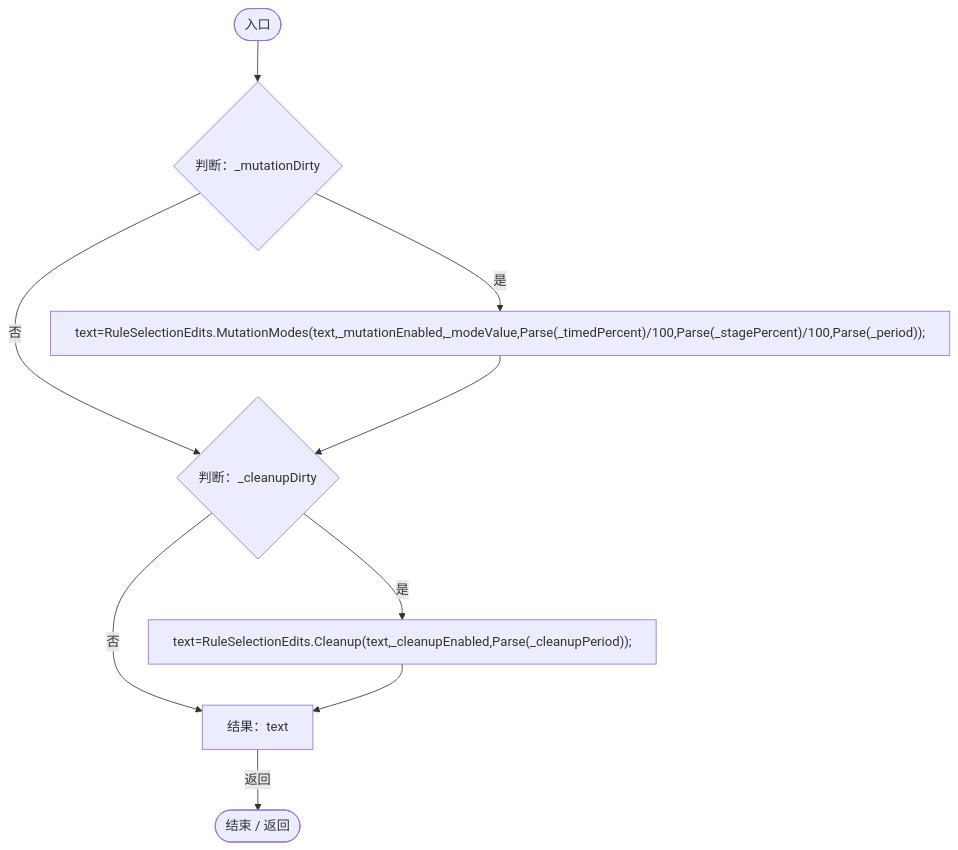
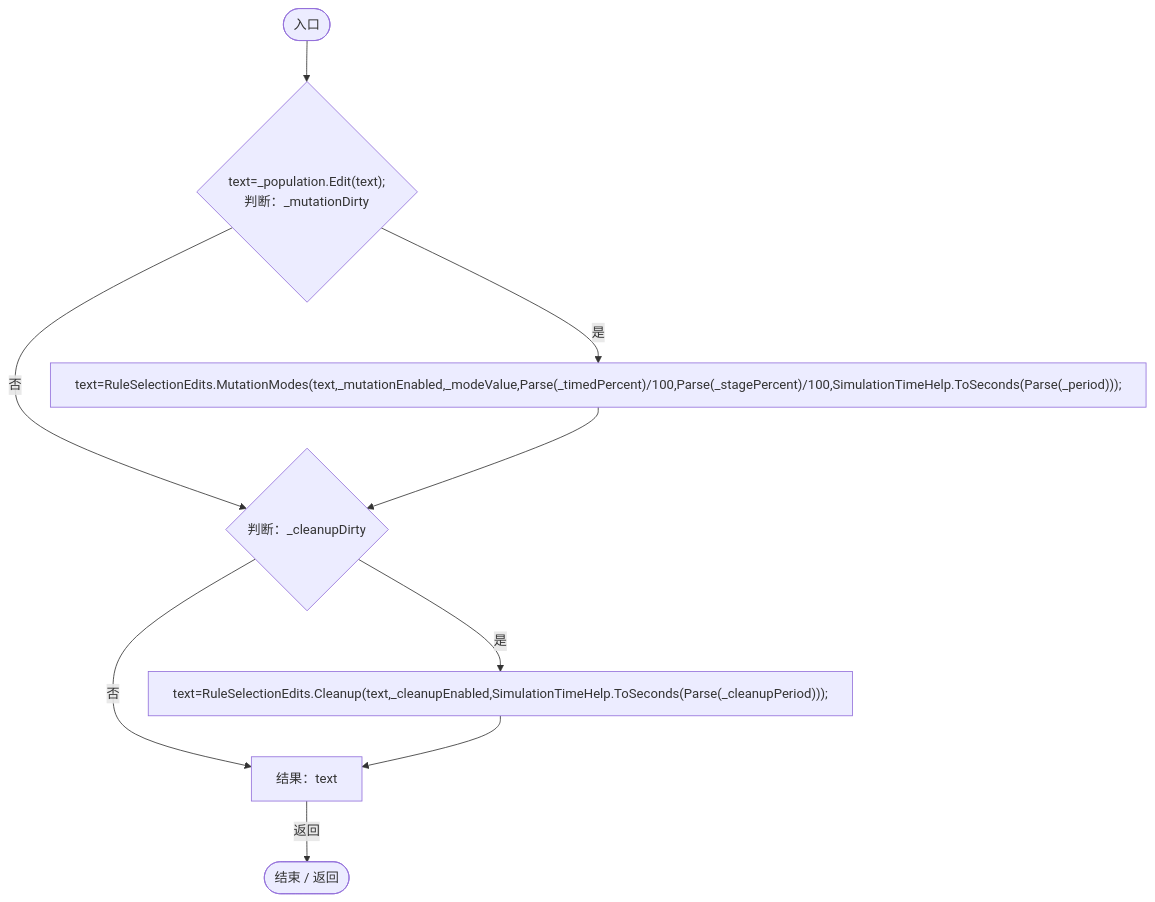
Before and after one commit to xhs6666/Darwin_paradise: diagram 24 of 26 in Docs/运行流程图/脚本/92d59cd12a5696c3.md, drawn with Mermaid. The commit also changed other lines of this file and 114 other files, not shown here.

````diff
--- a/Docs/运行流程图/脚本/92d59cd12a5696c3.md
+++ b/Docs/运行流程图/脚本/92d59cd12a5696c3.md
@@ -714,19 +824,19 @@
 ```mermaid
 flowchart TD
   b0(["入口"])
-  b1{"判断：_mutationDirty"}
-  b2["text=RuleSelectionEdits.MutationModes(text,_mutationEnabled,_modeValue,Parse(_timedPercent)/100,Parse(_stagePercent)/100,Parse(_period));"]
+  b1{"text=_population.Edit(text);<br/>判断：_mutationDirty"}
+  b2["text=RuleSelectionEdits.MutationModes(text,_mutationEnabled,_modeValue,Parse(_timedPercent)/100,Parse(_stagePercent)/100,SimulationTimeHelp.ToSeconds(Parse(_period)));"]
   b3{"判断：_cleanupDirty"}
-  b4["text=RuleSelectionEdits.Cleanup(text,_cleanupEnabled,Parse(_cleanupPeriod));"]
+  b4["text=RuleSelectionEdits.Cleanup(text,_cleanupEnabled,SimulationTimeHelp.ToSeconds(Parse(_cleanupPeriod)));"]
   b5["结果：text"]
   b6(["结束 / 返回"])
   b0 --> b1
   b1 -->|"是"| b2
   b1 -->|"否"| b3
   b2 --> b3
   b3 -->|"是"| b4
   b3 -->|"否"| b5
   b4 --> b5
   b5 -->|"返回"| b6
 
 ```
````
